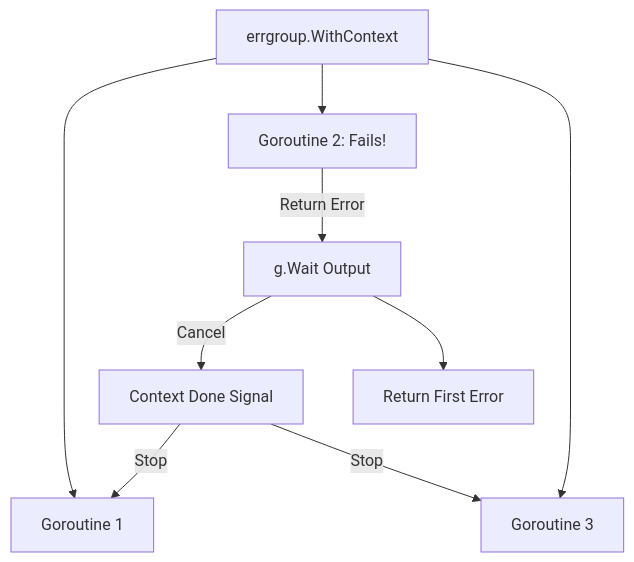
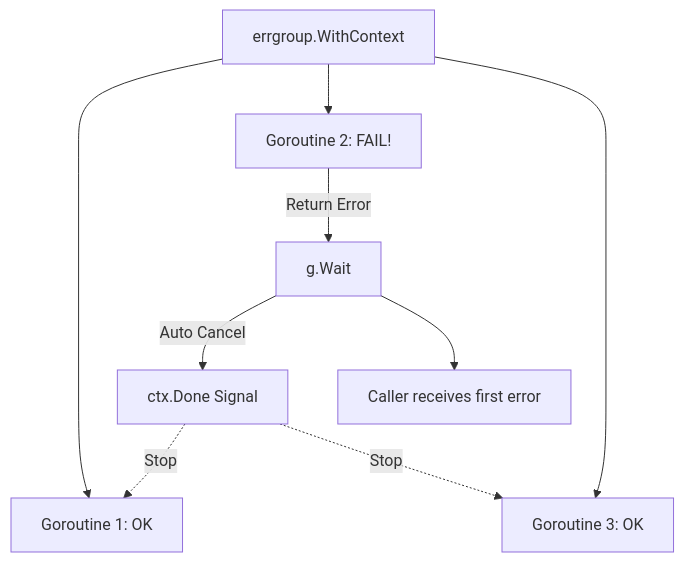
Before and after one commit to syahputrawork98-sketch/Golang-Knowledge-Base: the diagram in RAK-03-evolution/SR-03-concurrency/BK-03-resilience/CH-02-errgroup/README.md, drawn with Mermaid. The commit also changed other lines of this file and 54 other files, not shown here.

````diff
--- a/RAK-03-evolution/SR-03-concurrency/BK-03-resilience/CH-02-errgroup/README.md
+++ b/RAK-03-evolution/SR-03-concurrency/BK-03-resilience/CH-02-errgroup/README.md
@@ -36,13 +38,13 @@
 ```mermaid
 graph TD
-    Group[errgroup.WithContext] --> G1[Goroutine 1]
-    Group --> G2[Goroutine 2: Fails!]
-    Group --> G3[Goroutine 3]
+    Group[errgroup.WithContext] --> G1[Goroutine 1: OK]
+    Group --> G2[Goroutine 2: FAIL!]
+    Group --> G3[Goroutine 3: OK]
     
-    G2 -->|Return Error| Wait[g.Wait Output]
-    Wait -->|Cancel| Done[Context Done Signal]
-    Done -->|Stop| G1
-    Done -->|Stop| G3
+    G2 -->|Return Error| Wait[g.Wait]
+    Wait -->|Auto Cancel| Done[ctx.Done Signal]
+    Done -.->|Stop| G1
+    Done -.->|Stop| G3
     
-    Wait --> Success[Return First Error]
+    Wait --> Caller[Caller receives first error]
 ```
````
